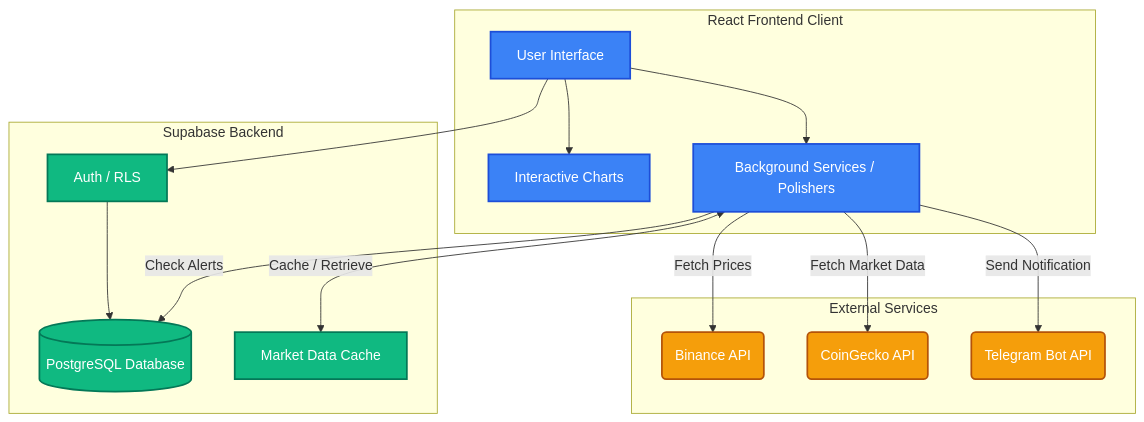
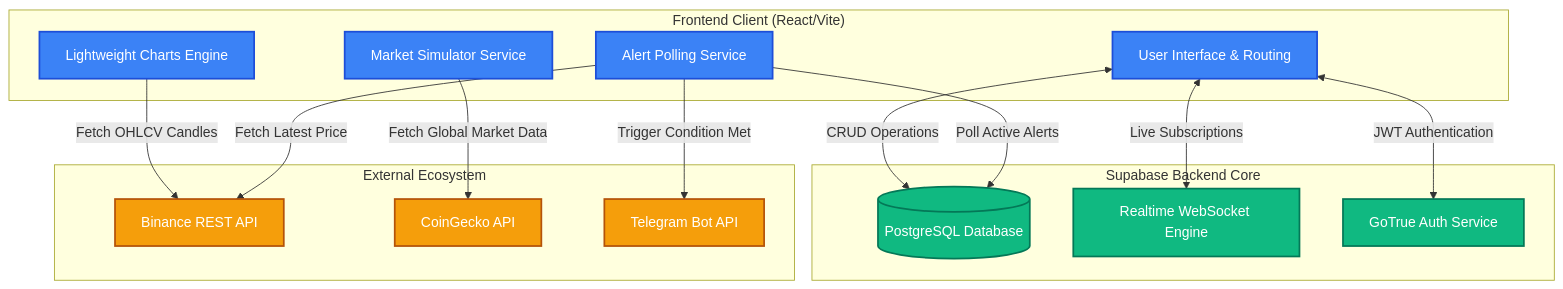
Before and after one commit to Garvit-821/multi-asset-algorithmic-trading-software: the first of 4 diagrams in README.md, drawn with Mermaid. The commit also changed other lines of this file, not shown here.

````diff
--- a/README.md
+++ b/README.md
@@ -51,40 +65,40 @@
 ```mermaid
 graph TD
-    %% Define styles
     classDef frontend fill:#3b82f6,stroke:#1d4ed8,stroke-width:2px,color:#fff
     classDef backend fill:#10b981,stroke:#047857,stroke-width:2px,color:#fff
     classDef external fill:#f59e0b,stroke:#b45309,stroke-width:2px,color:#fff
 
-    subgraph Frontend [React Frontend Client]
-        UI[User Interface]
-        Charts[Interactive Charts]
-        Services[Background Services / Polishers]
+    subgraph "Frontend Client (React/Vite)"
+        UI[User Interface & Routing]
+        Charts[Lightweight Charts Engine]
+        AlertWorker[Alert Polling Service]
+        SimWorker[Market Simulator Service]
     end
 
-    subgraph Backend [Supabase Backend]
+    subgraph "Supabase Backend Core"
         DB[(PostgreSQL Database)]
-        Auth[Auth / RLS]
-        Cache[Market Data Cache]
+        Realtime[Realtime WebSocket Engine]
+        Auth[GoTrue Auth Service]
     end
 
-    subgraph External [External Services]
-        Binance(Binance API)
-        CoinGecko(CoinGecko API)
-        Telegram(Telegram Bot API)
+    subgraph "External Ecosystem"
+        Binance[Binance REST API]
+        CoinGecko[CoinGecko API]
+        Telegram[Telegram Bot API]
     end
 
-    %% Connections
-    UI --> Auth
-    UI --> Charts
-    UI --> Services
-    Services --> |Fetch Prices| Binance
-    Services --> |Fetch Market Data| CoinGecko
-    Services <--> |Cache / Retrieve| Cache
-    Services --> |Check Alerts| DB
-    Services --> |Send Notification| Telegram
-    Auth --> DB
+    UI <--> |JWT Authentication| Auth
+    UI <--> |CRUD Operations| DB
+    UI <--> |Live Subscriptions| Realtime
+    
+    Charts --> |Fetch OHLCV Candles| Binance
+    SimWorker --> |Fetch Global Market Data| CoinGecko
+    
+    AlertWorker --> |Poll Active Alerts| DB
+    AlertWorker --> |Trigger Condition Met| Telegram
+    AlertWorker --> |Fetch Latest Price| Binance
 
-    class UI,Charts,Services frontend;
-    class DB,Auth,Cache backend;
+    class UI,Charts,AlertWorker,SimWorker frontend;
+    class DB,Realtime,Auth backend;
     class Binance,CoinGecko,Telegram external;
 ```
````
